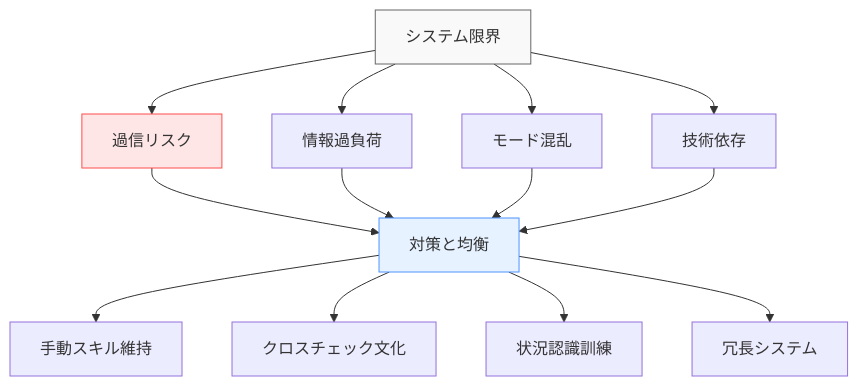
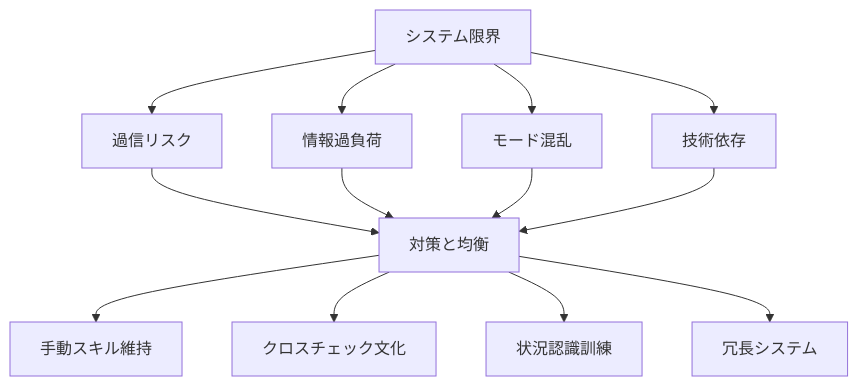
The eighth of 11 diagrams in docs/applications/maritime-dm.md (shuji-bonji/Situational-Awareness-and-Decision-Making), drawn with Mermaid before and after one commit. The commit also changed other lines of this file and 49 other files, not shown here.

Commit message:
fix: ダークモードで見づらい図の色の変更

````diff
--- a/docs/applications/maritime-dm.md
+++ b/docs/applications/maritime-dm.md
@@ -288,21 +288,21 @@
 ```mermaid
 graph TD
     A[システム限界] --> B[過信リスク]
     A --> C[情報過負荷]
     A --> D[モード混乱]
     A --> E[技術依存]
     
     B --> F[対策と均衡]
     C --> F
     D --> F
     E --> F
     
     F --> G[手動スキル維持]
     F --> H[クロスチェック文化]
     F --> I[状況認識訓練]
     F --> J[冗長システム]
     
-    style A fill:#f9f9f9,stroke:#666
-    style F fill:#e6f2ff,stroke:#4d94ff
-    style B fill:#ffe6e6,stroke:#ff4d4d
+
+
+
 ```
````
